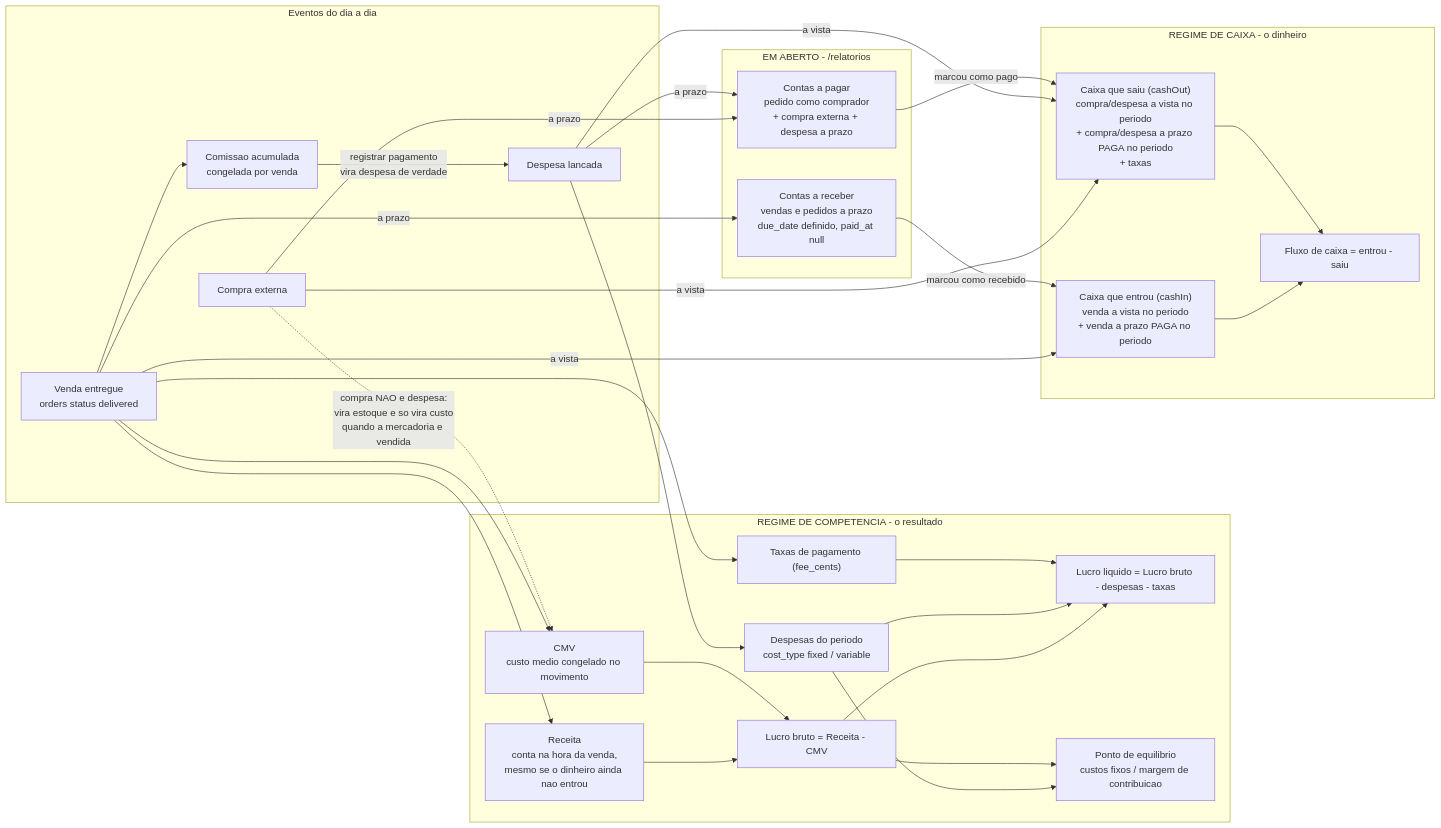
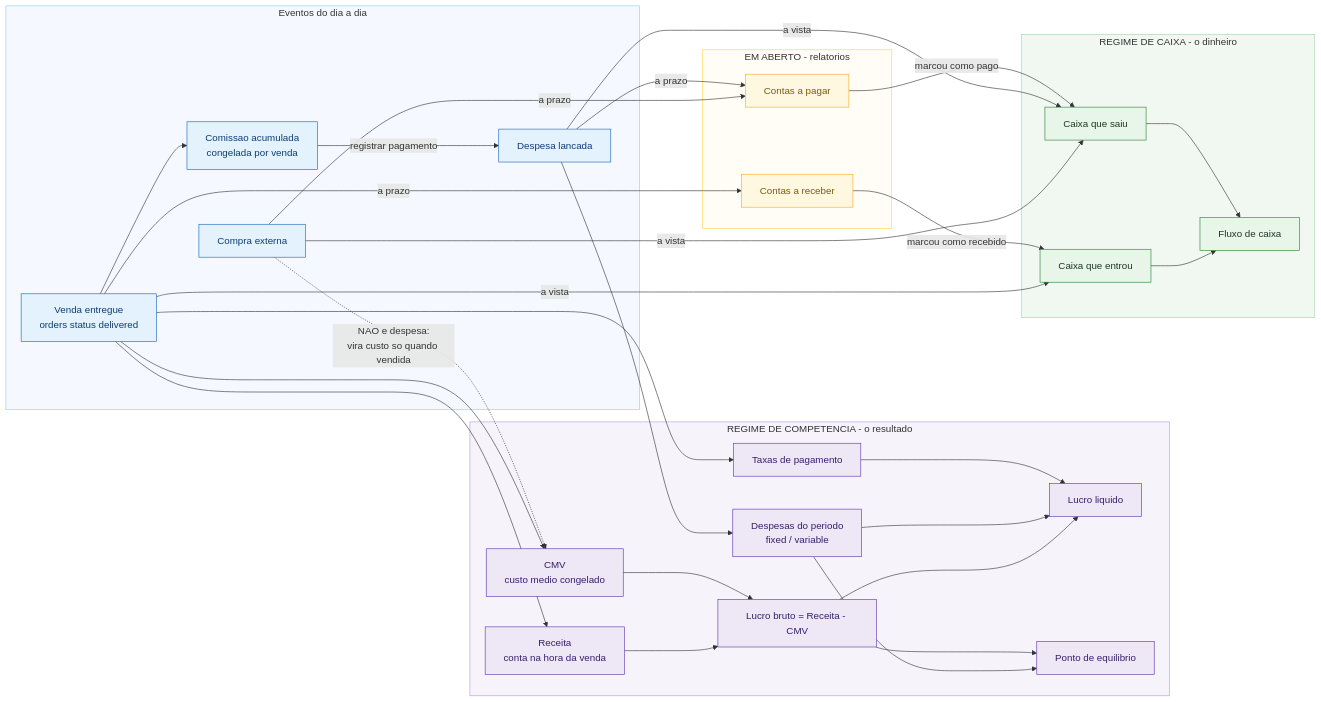
Before and after one commit to lucassnts963/distribuidora-gelados: the sixth of 10 diagrams in docs/diagramas.md, drawn with Mermaid. The commit also changed other lines of this file, not shown here.

First line of the commit message:
docs: colore os diagramas de fluxo e adiciona ER do schema por dominio

````diff
--- a/docs/diagramas.md
+++ b/docs/diagramas.md
@@ -262,59 +325,74 @@
 ```mermaid
 flowchart LR
   subgraph fonte["Eventos do dia a dia"]
     V["Venda entregue<br/>orders status delivered"]
     C["Compra externa"]
     D["Despesa lancada"]
     CO["Comissao acumulada<br/>congelada por venda"]
   end
 
   subgraph comp["REGIME DE COMPETENCIA - o resultado"]
-    REC["Receita<br/>conta na hora da venda,<br/>mesmo se o dinheiro ainda nao entrou"]
-    CMV["CMV<br/>custo medio congelado no movimento"]
+    REC["Receita<br/>conta na hora da venda"]
+    CMV["CMV<br/>custo medio congelado"]
     LB["Lucro bruto = Receita - CMV"]
-    DESP["Despesas do periodo<br/>cost_type fixed / variable"]
-    TX["Taxas de pagamento (fee_cents)"]
-    LL["Lucro liquido = Lucro bruto - despesas - taxas"]
-    PE["Ponto de equilibrio<br/>custos fixos / margem de contribuicao"]
+    DESP["Despesas do periodo<br/>fixed / variable"]
+    TX["Taxas de pagamento"]
+    LL["Lucro liquido"]
+    PE["Ponto de equilibrio"]
   end
 
   subgraph caixa["REGIME DE CAIXA - o dinheiro"]
-    CIN["Caixa que entrou (cashIn)<br/>venda a vista no periodo<br/>+ venda a prazo PAGA no periodo"]
-    COUT["Caixa que saiu (cashOut)<br/>compra/despesa a vista no periodo<br/>+ compra/despesa a prazo PAGA no periodo<br/>+ taxas"]
-    SALDO["Fluxo de caixa = entrou - saiu"]
+    CIN["Caixa que entrou"]
+    COUT["Caixa que saiu"]
+    SALDO["Fluxo de caixa"]
   end
 
-  subgraph pend["EM ABERTO - /relatorios"]
-    AR["Contas a receber<br/>vendas e pedidos a prazo<br/>due_date definido, paid_at null"]
-    AP["Contas a pagar<br/>pedido como comprador<br/>+ compra externa + despesa a prazo"]
+  subgraph pend["EM ABERTO - relatorios"]
+    AR["Contas a receber"]
+    AP["Contas a pagar"]
   end
 
   V --> REC
   V --> CMV
   V --> TX
   V --> CO
   REC --> LB
   CMV --> LB
   LB --> LL
   D --> DESP --> LL
   TX --> LL
   DESP --> PE
   LB --> PE
 
   V -->|"a vista"| CIN
   V -->|"a prazo"| AR
   AR -->|"marcou como recebido"| CIN
 
   C -->|"a vista"| COUT
   D -->|"a vista"| COUT
   C -->|"a prazo"| AP
   D -->|"a prazo"| AP
   AP -->|"marcou como pago"| COUT
 
-  CO -->|"registrar pagamento<br/>vira despesa de verdade"| D
+  CO -->|"registrar pagamento"| D
 
   CIN --> SALDO
   COUT --> SALDO
 
-  C -.->|"compra NAO e despesa:<br/>vira estoque e so vira custo<br/>quando a mercadoria e vendida"| CMV
+  C -.->|"NAO e despesa:<br/>vira custo so quando vendida"| CMV
+
+  classDef fonteN fill:#e3f2fd,stroke:#1565c0,color:#0d3c73
+  classDef compN fill:#ede7f6,stroke:#5e35b1,color:#33206b
+  classDef caixaN fill:#e8f5e9,stroke:#2e7d32,color:#1b3a1e
+  classDef pendN fill:#fff8e1,stroke:#f9a825,color:#7a5c00
+
+  class V,C,D,CO fonteN
+  class REC,CMV,LB,DESP,TX,LL,PE compN
+  class CIN,COUT,SALDO caixaN
+  class AR,AP pendN
+
+  style fonte fill:#f5f9ff,stroke:#90caf9
+  style comp fill:#f6f3fb,stroke:#b39ddb
+  style caixa fill:#f1f8f2,stroke:#a5d6a7
+  style pend fill:#fffdf5,stroke:#ffd54f
 ```
````
